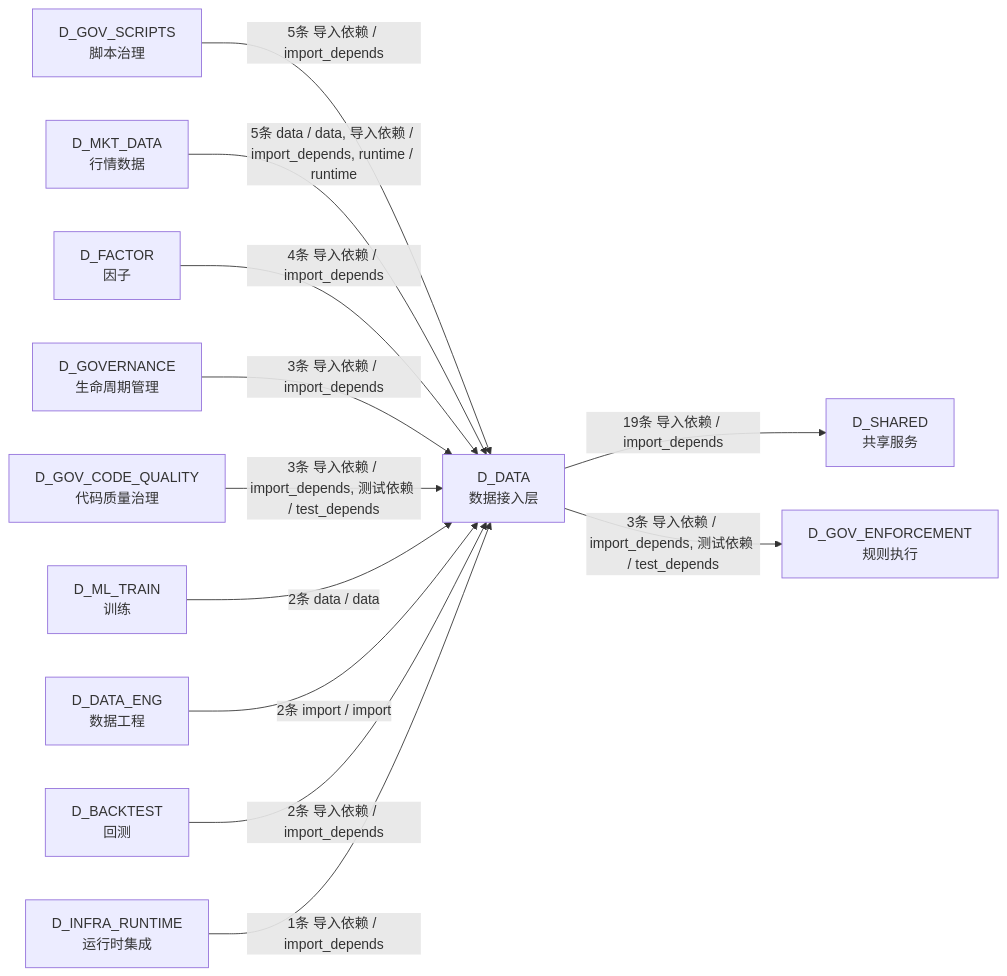
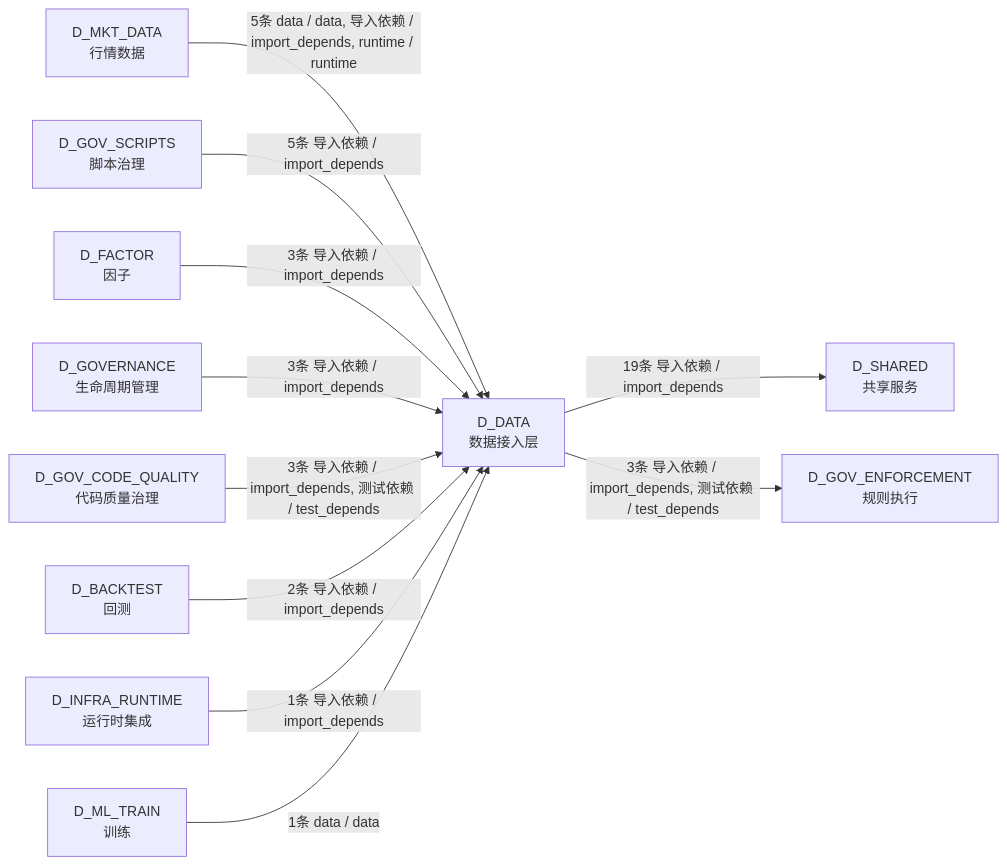
Before and after one commit to xuanFelixVan/ZephyrAlpha: the ninth of 9 diagrams in docs/02_enterprise_architecture/02_domain_architecture_docs/11_d_data.md, drawn with Mermaid. The commit also changed other lines of this file and 20 other files, not shown here.

````diff
--- a/docs/02_enterprise_architecture/02_domain_architecture_docs/11_d_data.md
+++ b/docs/02_enterprise_architecture/02_domain_architecture_docs/11_d_data.md
@@ -1198,26 +1195,24 @@
 ```mermaid
 graph LR
     D_DATA["D_DATA<br/>数据接入层"]
     D_SHARED["D_SHARED<br/>共享服务"]
     D_GOV_ENFORCEMENT["D_GOV_ENFORCEMENT<br/>规则执行"]
+    D_MKT_DATA["D_MKT_DATA<br/>行情数据"]
     D_GOV_SCRIPTS["D_GOV_SCRIPTS<br/>脚本治理"]
-    D_MKT_DATA["D_MKT_DATA<br/>行情数据"]
     D_FACTOR["D_FACTOR<br/>因子"]
     D_GOVERNANCE["D_GOVERNANCE<br/>生命周期管理"]
     D_GOV_CODE_QUALITY["D_GOV_CODE_QUALITY<br/>代码质量治理"]
-    D_ML_TRAIN["D_ML_TRAIN<br/>训练"]
-    D_DATA_ENG["D_DATA_ENG<br/>数据工程"]
     D_BACKTEST["D_BACKTEST<br/>回测"]
     D_INFRA_RUNTIME["D_INFRA_RUNTIME<br/>运行时集成"]
+    D_ML_TRAIN["D_ML_TRAIN<br/>训练"]
     D_DATA -->|19条 导入依赖 / import_depends| D_SHARED
     D_DATA -->|3条 导入依赖 / import_depends, 测试依赖 / test_depends| D_GOV_ENFORCEMENT
+    D_MKT_DATA -->|5条 data / data, 导入依赖 / import_depends, runtime / runtime| D_DATA
     D_GOV_SCRIPTS -->|5条 导入依赖 / import_depends| D_DATA
-    D_MKT_DATA -->|5条 data / data, 导入依赖 / import_depends, runtime / runtime| D_DATA
-    D_FACTOR -->|4条 导入依赖 / import_depends| D_DATA
+    D_FACTOR -->|3条 导入依赖 / import_depends| D_DATA
     D_GOVERNANCE -->|3条 导入依赖 / import_depends| D_DATA
     D_GOV_CODE_QUALITY -->|3条 导入依赖 / import_depends, 测试依赖 / test_depends| D_DATA
-    D_ML_TRAIN -->|2条 data / data| D_DATA
-    D_DATA_ENG -->|2条 import / import| D_DATA
     D_BACKTEST -->|2条 导入依赖 / import_depends| D_DATA
     D_INFRA_RUNTIME -->|1条 导入依赖 / import_depends| D_DATA
+    D_ML_TRAIN -->|1条 data / data| D_DATA
 ```
````
